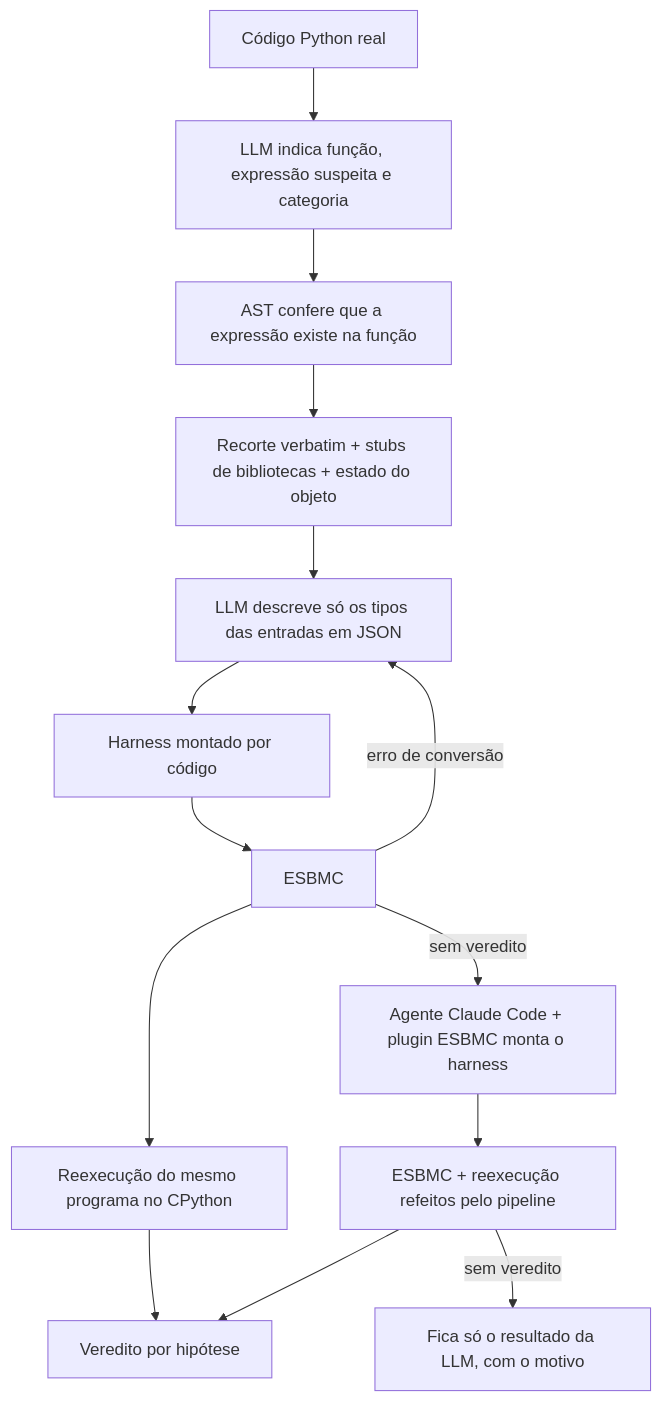
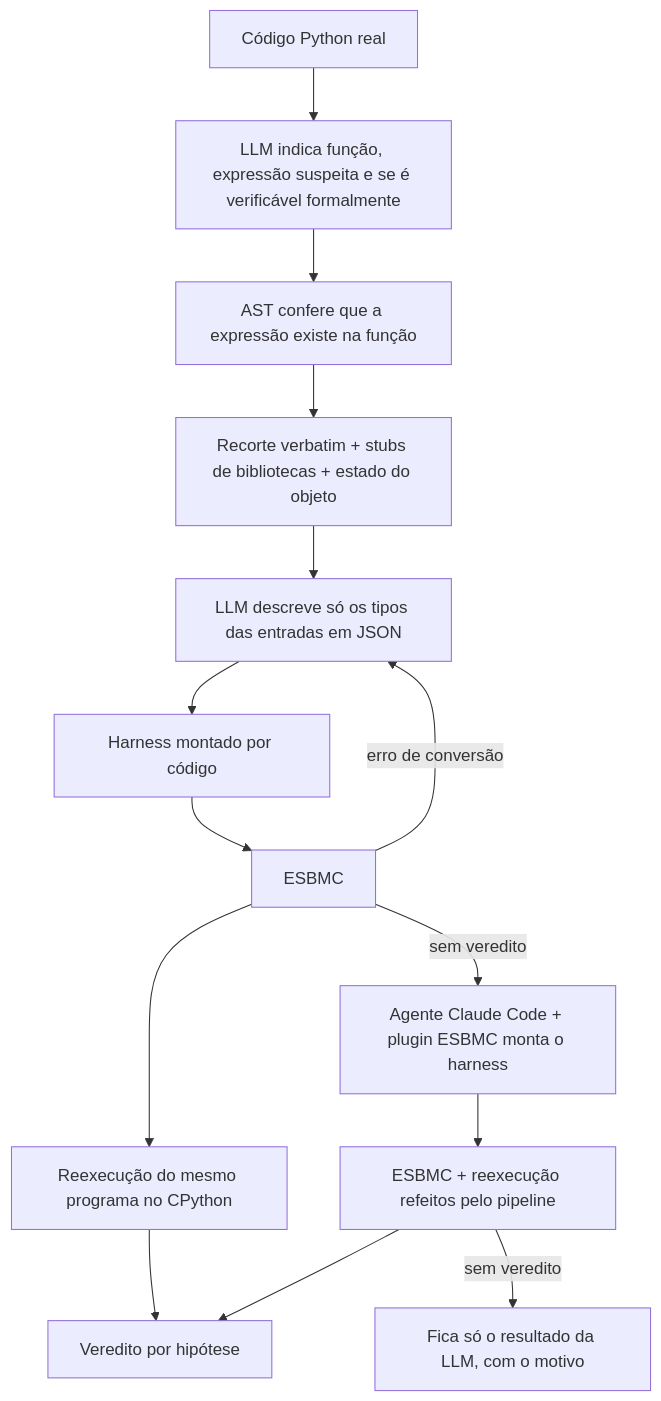
One commit to feralice/llm-esbmc-pipeline changed the diagram in README.md. Above: the diagram before and after it, drawn with Mermaid. The commit also changed other lines of this file and 23 other files, not shown here.

````diff
--- a/README.md
+++ b/README.md
@@ -16,16 +16,16 @@
 ```mermaid
 flowchart TD
-    A[Código Python real] --> B[LLM indica função, expressão suspeita e categoria]
+    A[Código Python real] --> B[LLM indica função, expressão suspeita e se é verificável formalmente]
     B --> C[AST confere que a expressão existe na função]
     C --> D[Recorte verbatim + stubs de bibliotecas + estado do objeto]
     D --> E[LLM descreve só os tipos das entradas em JSON]
     E --> F[Harness montado por código]
     F --> G[ESBMC]
     G --> H[Reexecução do mesmo programa no CPython]
     H --> I[Veredito por hipótese]
     G -- erro de conversão --> E
     G -- sem veredito --> J[Agente Claude Code + plugin ESBMC monta o harness]
     J --> K[ESBMC + reexecução refeitos pelo pipeline]
     K --> I
     K -- sem veredito --> L[Fica só o resultado da LLM, com o motivo]
 ```
````
